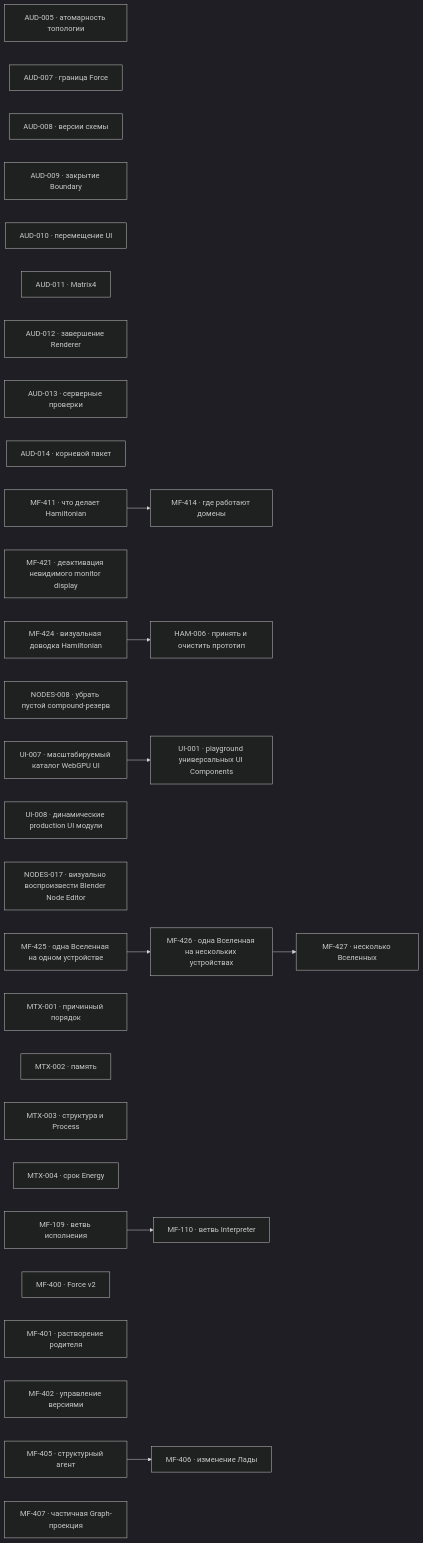
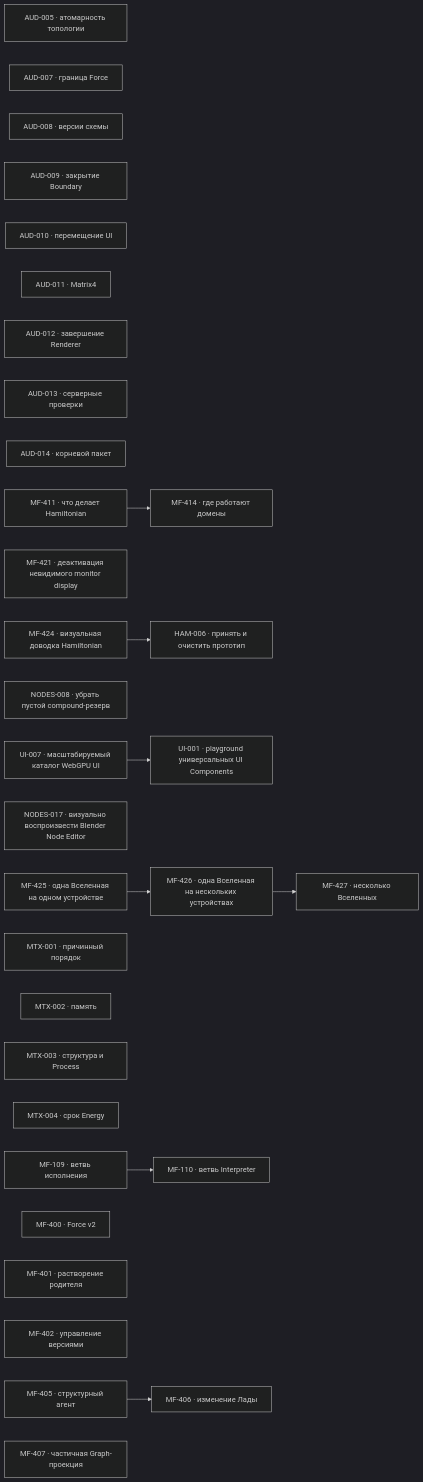
One commit to zavx0z/metafor changed the diagram in project/TODO.md. Above: the diagram before and after it, drawn with Mermaid (dark theme). The commit also changed other lines of this file and 1 other file, not shown here.

Commit message:
project(UI-008): close dynamic production UI delivery

````diff
--- a/project/TODO.md
+++ b/project/TODO.md
@@ -13,44 +13,43 @@
 ```mermaid
 flowchart LR
     AUD005["AUD-005 · атомарность топологии"]
     AUD007["AUD-007 · граница Force"]
     AUD008["AUD-008 · версии схемы"]
     AUD009["AUD-009 · закрытие Boundary"]
     AUD010["AUD-010 · перемещение UI"]
     AUD011["AUD-011 · Matrix4"]
     AUD012["AUD-012 · завершение Renderer"]
     AUD013["AUD-013 · серверные проверки"]
     AUD014["AUD-014 · корневой пакет"]
     MF411["MF-411 · что делает Hamiltonian"]
     MF414["MF-414 · где работают домены"]
     MF421["MF-421 · деактивация невидимого monitor display"]
     MF424["MF-424 · визуальная доводка Hamiltonian"]
     HAM006["HAM-006 · принять и очистить прототип"]
     NODES008["NODES-008 · убрать пустой compound-резерв"]
     UI007["UI-007 · масштабируемый каталог WebGPU UI"]
-    UI008["UI-008 · динамические production UI модули"]
     UI001["UI-001 · playground универсальных UI Components"]
     NODES017["NODES-017 · визуально воспроизвести Blender Node Editor"]
     MF425["MF-425 · одна Вселенная на одном устройстве"]
     MF426["MF-426 · одна Вселенная на нескольких устройствах"]
     MF427["MF-427 · несколько Вселенных"]
     MTX001["MTX-001 · причинный порядок"]
     MTX002["MTX-002 · память"]
     MTX003["MTX-003 · структура и Process"]
     MTX004["MTX-004 · срок Energy"]
     MF109["MF-109 · ветвь исполнения"]
     MF110["MF-110 · ветвь Interpreter"]
     MF400["MF-400 · Force v2"]
     MF401["MF-401 · растворение родителя"]
     MF402["MF-402 · управление версиями"]
     MF405["MF-405 · структурный агент"]
     MF406["MF-406 · изменение Лады"]
     MF407["MF-407 · частичная Graph-проекция"]
     MF109 --> MF110
     MF405 --> MF406
     MF411 --> MF414
     MF424 --> HAM006
     MF425 --> MF426
     MF426 --> MF427
     UI007 --> UI001
 ```
````
